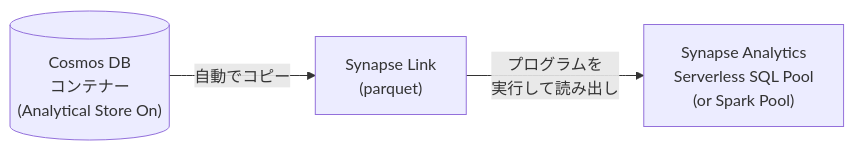
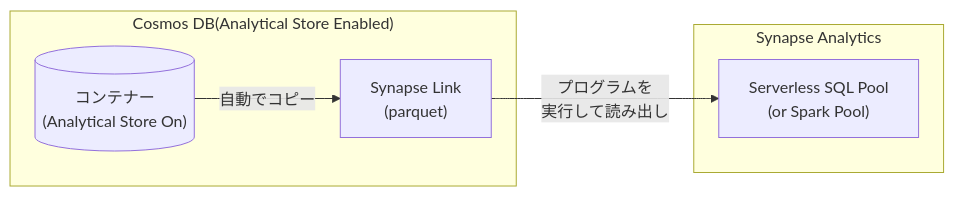
One commit to tahayaka-microsoft/CosmosDB-ChangeFeed-Functions changed the fourth of 4 diagrams in readme.md. Above: the diagram before and after it, drawn with Mermaid. The commit also changed other lines of this file, not shown here.

````diff
--- a/readme.md
+++ b/readme.md
@@ -249,11 +309,14 @@
 ```mermaid
 graph LR
-A[("Cosmos DB
-コンテナー
-(Analytical Store On)")] --"自動でコピー"--> B["Synapse Link
-(parquet)"]
+subgraph "Cosmos DB(Analytical Store Enabled)"
+  A[("コンテナー
+  (Analytical Store On)")] --"自動でコピー"--> B["Synapse Link
+  (parquet)"]
+end
+subgraph Synapse Analytics
+  C["Serverless SQL Pool
+  (or Spark Pool)"]
+end
 B --"プログラムを
-実行して読み出し"--> C["Synapse Analytics
-Serverless SQL Pool
-(or Spark Pool)"]
+実行して読み出し"--> C
 ```
````
